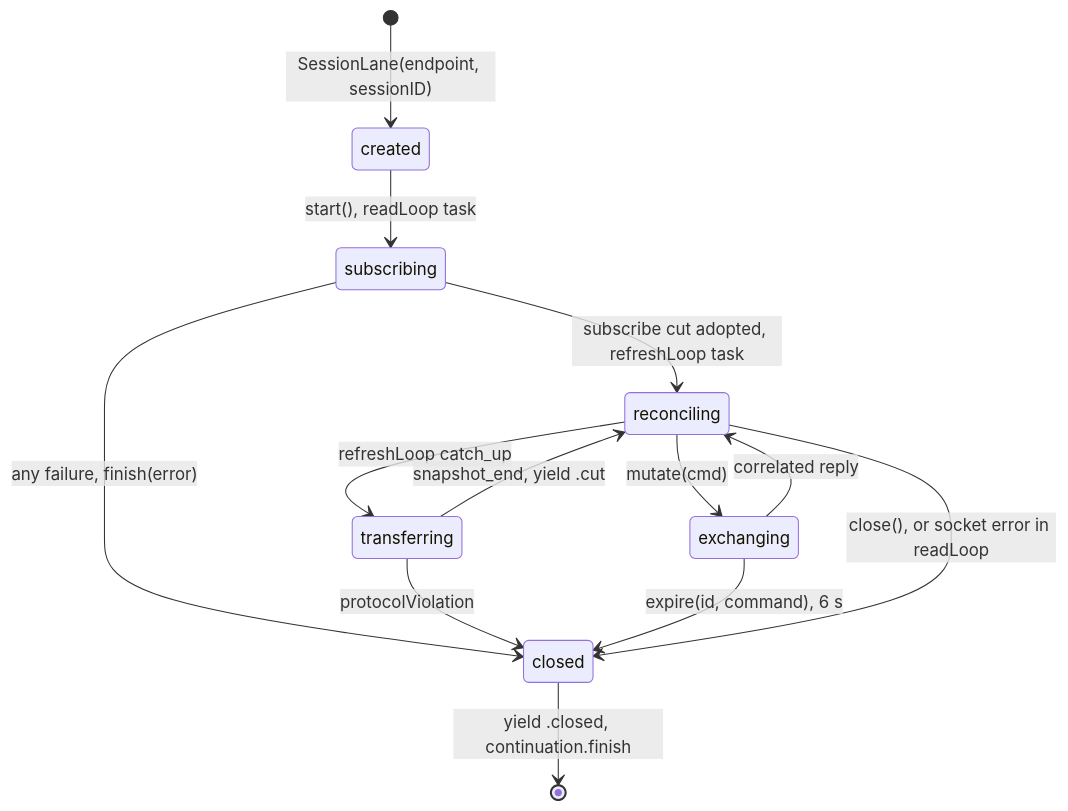
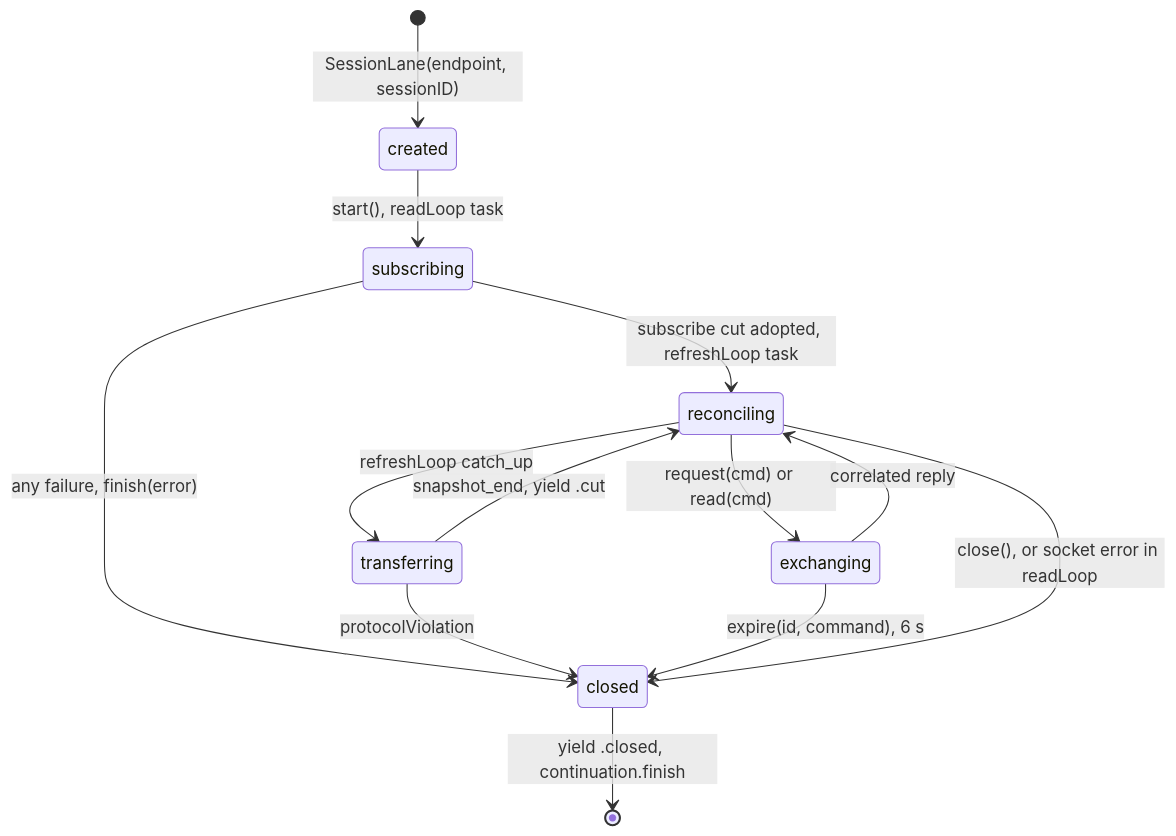
The third of 12 diagrams in docs/architecture.md (Roasbeef/loom-desktop), drawn with Mermaid before and after one commit. The commit also changed other lines of this file and 2 other files, not shown here.

````diff
--- a/docs/architecture.md
+++ b/docs/architecture.md
@@ -111,15 +121,15 @@
 ```mermaid
 stateDiagram-v2
     [*] --> created: SessionLane(endpoint, sessionID)
     created --> subscribing: start(), readLoop task
     subscribing --> reconciling: subscribe cut adopted, refreshLoop task
     subscribing --> closed: any failure, finish(error)
     reconciling --> transferring: refreshLoop catch_up
     transferring --> reconciling: snapshot_end, yield .cut
-    reconciling --> exchanging: mutate(cmd)
+    reconciling --> exchanging: request(cmd) or read(cmd)
     exchanging --> reconciling: correlated reply
     transferring --> closed: protocolViolation
     exchanging --> closed: expire(id, command), 6 s
     reconciling --> closed: close(), or socket error in readLoop
     closed --> [*]: yield .closed, continuation.finish
 ```
````
